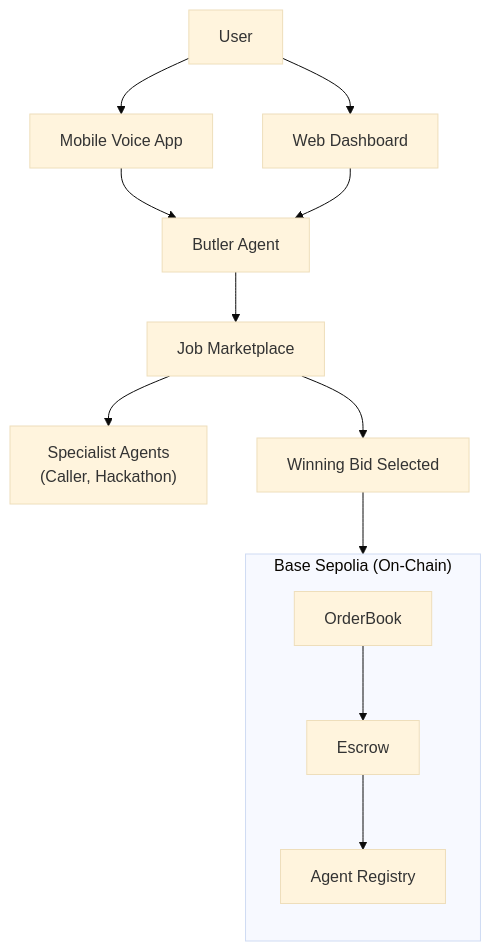
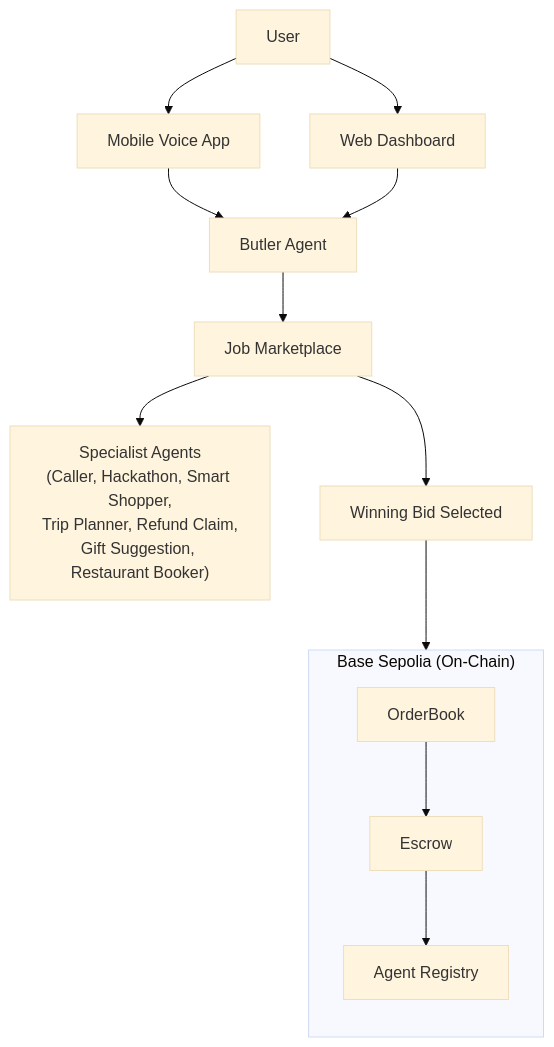
The first of 2 diagrams in README.md (BabyBoss45/SOTA_HackEurope), drawn with Mermaid (base theme) before and after one commit. The commit also changed other lines of this file and 174 other files, not shown here.

````diff
--- a/README.md
+++ b/README.md
@@ -61,21 +61,21 @@
 ```mermaid
 flowchart TB
   U["User"] --> M["Mobile Voice App"]
   U --> W["Web Dashboard"]
 
   M --> BA["Butler Agent"]
   W --> BA
 
   BA --> JM["Job Marketplace"]
 
-  JM --> AGENTS["Specialist Agents<br/>(Caller, Hackathon)"]
+  JM --> AGENTS["Specialist Agents<br/>(Caller, Hackathon, Smart Shopper,<br/>Trip Planner, Refund Claim,<br/>Gift Suggestion, Restaurant Booker)"]
   JM --> WIN["Winning Bid Selected"]
 
   WIN --> CHAIN
 
   subgraph CHAIN["Base Sepolia (On-Chain)"]
     direction TB
     OB["OrderBook"] --> ES["Escrow"]
     ES --> REG["Agent Registry"]
   end
 ```
````
